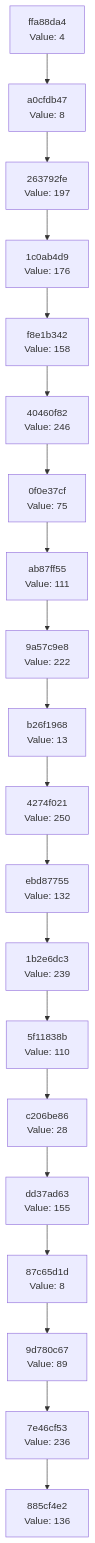
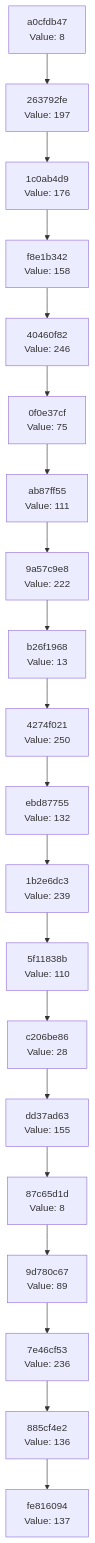
Before and after one commit to Abhisheksinha1506/hash-chain-evolver: the diagram in docs/CHAIN_VISUALIZATION.md, drawn with Mermaid. The commit also changed 2 other files, not shown here.

Commit message:
Evolution Step

````diff
--- a/docs/CHAIN_VISUALIZATION.md
+++ b/docs/CHAIN_VISUALIZATION.md
@@ -3,42 +3,42 @@
 ```mermaid
 graph TD
-    C0["885cf4e2<br/>Value: 136"]
-    C1["7e46cf53<br/>Value: 236"]
+    C0["fe816094<br/>Value: 137"]
+    C1["885cf4e2<br/>Value: 136"]
     C1 --> C0
-    C2["9d780c67<br/>Value: 89"]
+    C2["7e46cf53<br/>Value: 236"]
     C2 --> C1
-    C3["87c65d1d<br/>Value: 8"]
+    C3["9d780c67<br/>Value: 89"]
     C3 --> C2
-    C4["dd37ad63<br/>Value: 155"]
+    C4["87c65d1d<br/>Value: 8"]
     C4 --> C3
-    C5["c206be86<br/>Value: 28"]
+    C5["dd37ad63<br/>Value: 155"]
     C5 --> C4
-    C6["5f11838b<br/>Value: 110"]
+    C6["c206be86<br/>Value: 28"]
     C6 --> C5
-    C7["1b2e6dc3<br/>Value: 239"]
+    C7["5f11838b<br/>Value: 110"]
     C7 --> C6
-    C8["ebd87755<br/>Value: 132"]
+    C8["1b2e6dc3<br/>Value: 239"]
     C8 --> C7
-    C9["4274f021<br/>Value: 250"]
+    C9["ebd87755<br/>Value: 132"]
     C9 --> C8
-    C10["b26f1968<br/>Value: 13"]
+    C10["4274f021<br/>Value: 250"]
     C10 --> C9
-    C11["9a57c9e8<br/>Value: 222"]
+    C11["b26f1968<br/>Value: 13"]
     C11 --> C10
-    C12["ab87ff55<br/>Value: 111"]
+    C12["9a57c9e8<br/>Value: 222"]
     C12 --> C11
-    C13["0f0e37cf<br/>Value: 75"]
+    C13["ab87ff55<br/>Value: 111"]
     C13 --> C12
-    C14["40460f82<br/>Value: 246"]
+    C14["0f0e37cf<br/>Value: 75"]
     C14 --> C13
-    C15["f8e1b342<br/>Value: 158"]
+    C15["40460f82<br/>Value: 246"]
     C15 --> C14
-    C16["1c0ab4d9<br/>Value: 176"]
+    C16["f8e1b342<br/>Value: 158"]
     C16 --> C15
-    C17["263792fe<br/>Value: 197"]
+    C17["1c0ab4d9<br/>Value: 176"]
     C17 --> C16
-    C18["a0cfdb47<br/>Value: 8"]
+    C18["263792fe<br/>Value: 197"]
     C18 --> C17
-    C19["ffa88da4<br/>Value: 4"]
+    C19["a0cfdb47<br/>Value: 8"]
     C19 --> C18
 ```
````
